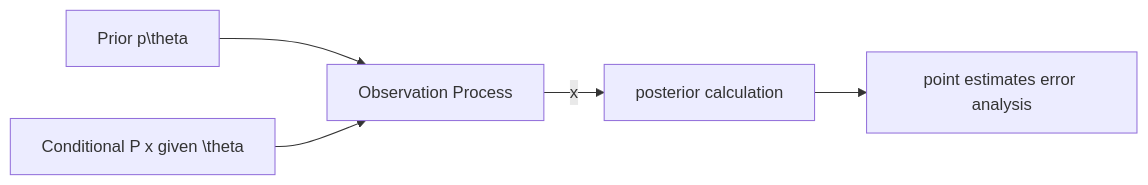
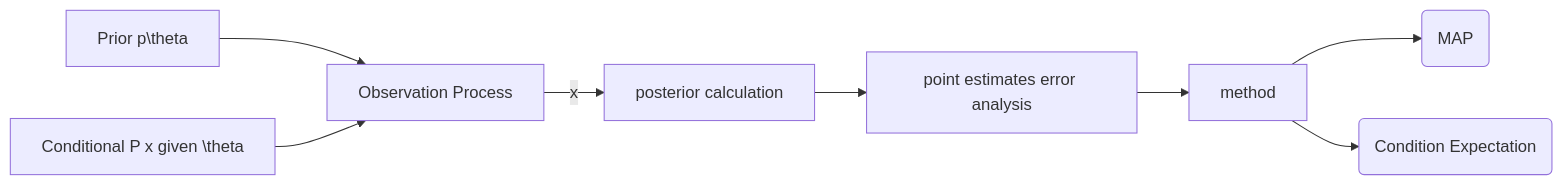
One commit to yan000000000/typora changed the diagram in applied_statistic/chapter 7.md. Above: the diagram before and after it, drawn with Mermaid. The commit also changed other lines of this file and 6 other files, not shown here.

````diff
--- a/applied_statistic/chapter 7.md
+++ b/applied_statistic/chapter 7.md
@@ -76,7 +76,10 @@
 ```mermaid
 graph LR
 a[Prior p\theta]--> c[Observation Process]
 b[Conditional P x given \theta] --> c
 c -- x --> d[posterior calculation]
 d --> e[point estimates error analysis]
+e --> f[method]
+f --> g(MAP)
+f --> h(Condition Expectation)
 ```
````
